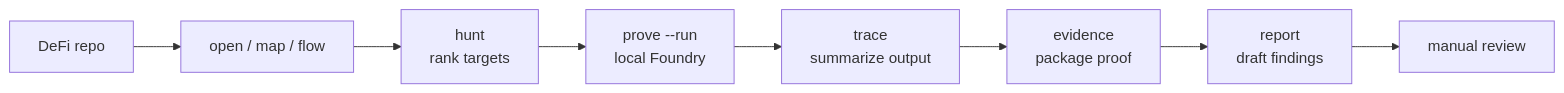
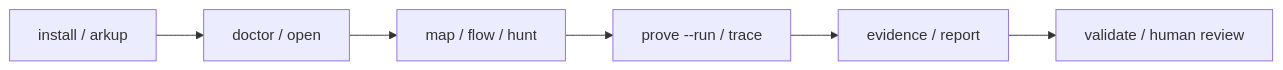
Before and after one commit to Yudis-bit/arkheionx: the diagram in README.md, drawn with Mermaid. The commit also changed other lines of this file and 12 other files, not shown here.

````diff
--- a/README.md
+++ b/README.md
@@ -32,10 +47,8 @@
 ```mermaid
 flowchart LR
-  Repo["DeFi repo"] --> Open["open / map / flow"]
-  Open --> Hunt["hunt<br/>rank targets"]
-  Hunt --> Prove["prove --run<br/>local Foundry"]
-  Prove --> Trace["trace<br/>summarize output"]
-  Trace --> Evidence["evidence<br/>package proof"]
-  Evidence --> Report["report<br/>draft findings"]
-  Report --> Review["manual review"]
+  Install["install / arkup"] --> Open["doctor / open"]
+  Open --> Hunt["map / flow / hunt"]
+  Hunt --> Prove["prove --run / trace"]
+  Prove --> Evidence["evidence / report"]
+  Evidence --> Review["validate / human review"]
 ```
````
